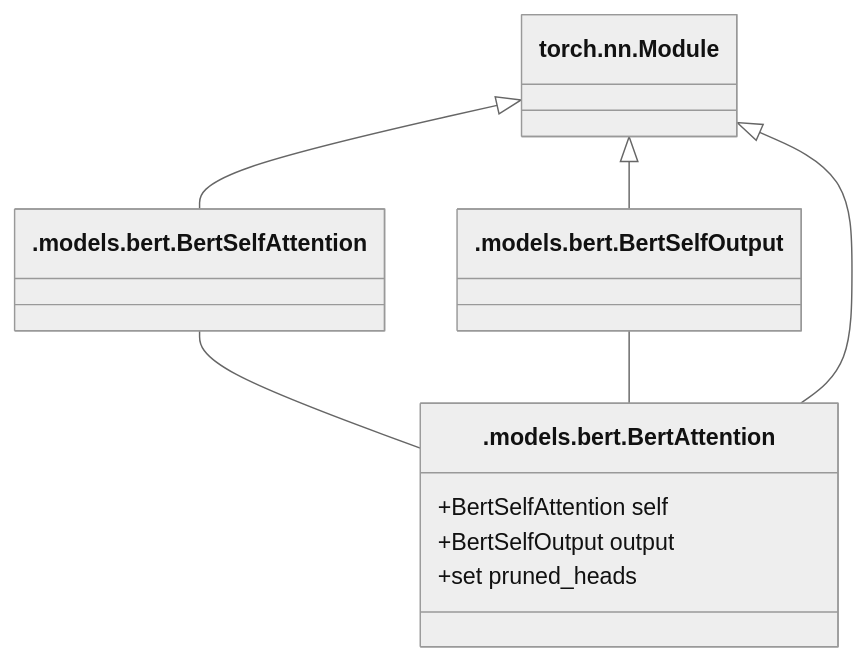
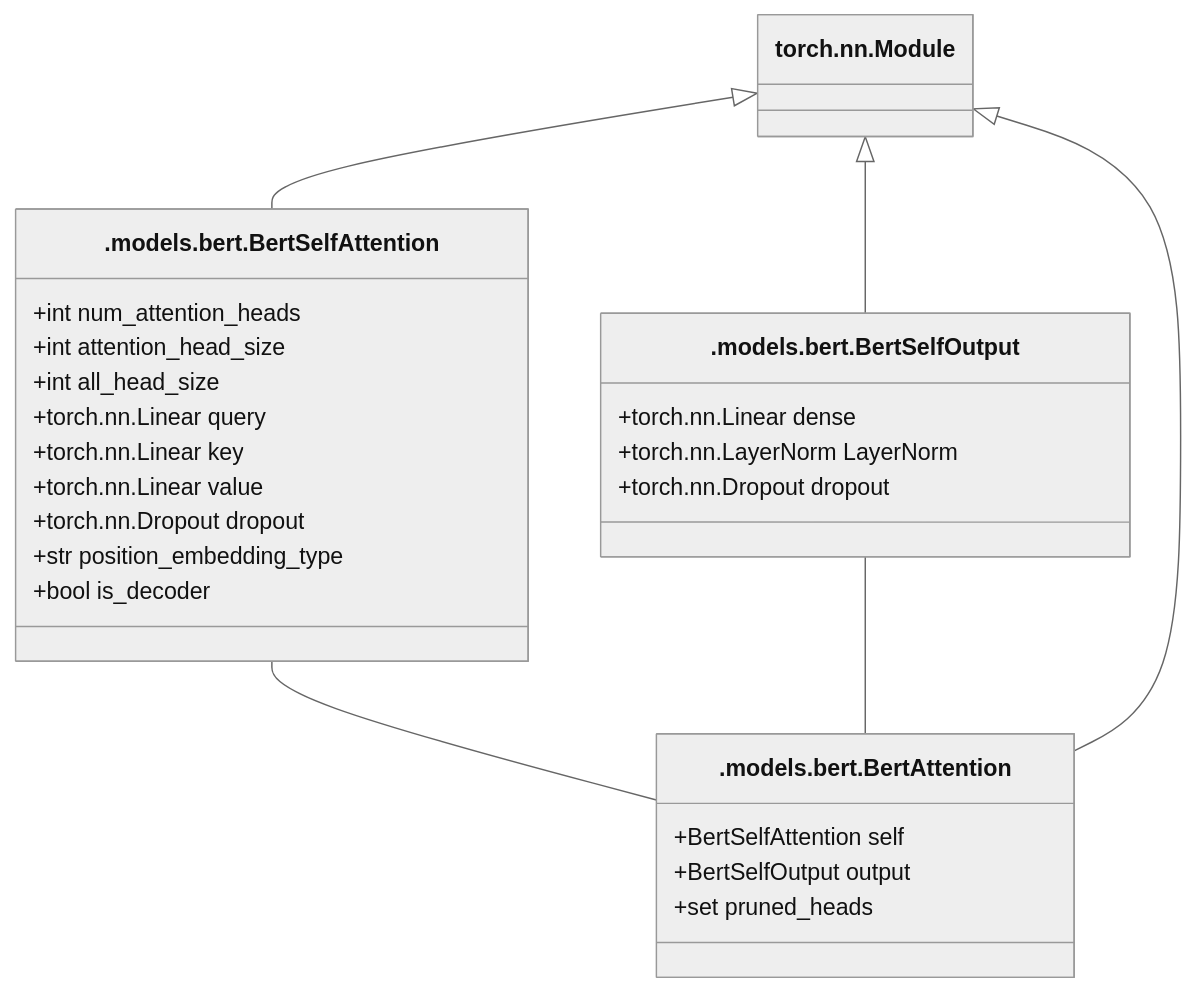
Before and after one commit to coba-yu/transformers-from-pytorch: the fifth of 8 diagrams in BERT.md, drawn with Mermaid (neutral theme). The commit also changed other lines of this file, not shown here.

````diff
--- a/BERT.md
+++ b/BERT.md
@@ -81,19 +81,31 @@
 ```mermaid
 classDiagram
   class Module["torch.nn.Module"]
   class BertAttention[".models.bert.BertAttention"] {
     +BertSelfAttention self
     +BertSelfOutput output
     +set pruned_heads 
   }
   class BertSelfAttention[".models.bert.BertSelfAttention"] {
+    +int num_attention_heads
+    +int attention_head_size
+    +int all_head_size
+    +torch.nn.Linear query
+    +torch.nn.Linear key
+    +torch.nn.Linear value
+    +torch.nn.Dropout dropout
+    +str position_embedding_type
+    +bool is_decoder
   }
   class BertSelfOutput[".models.bert.BertSelfOutput"] {
+    +torch.nn.Linear dense
+    +torch.nn.LayerNorm LayerNorm
+    +torch.nn.Dropout dropout
   }
 
   BertSelfAttention -- BertAttention
   BertSelfOutput -- BertAttention
   Module <|-- BertAttention
   Module <|-- BertSelfAttention
   Module <|-- BertSelfOutput
 ```
````
